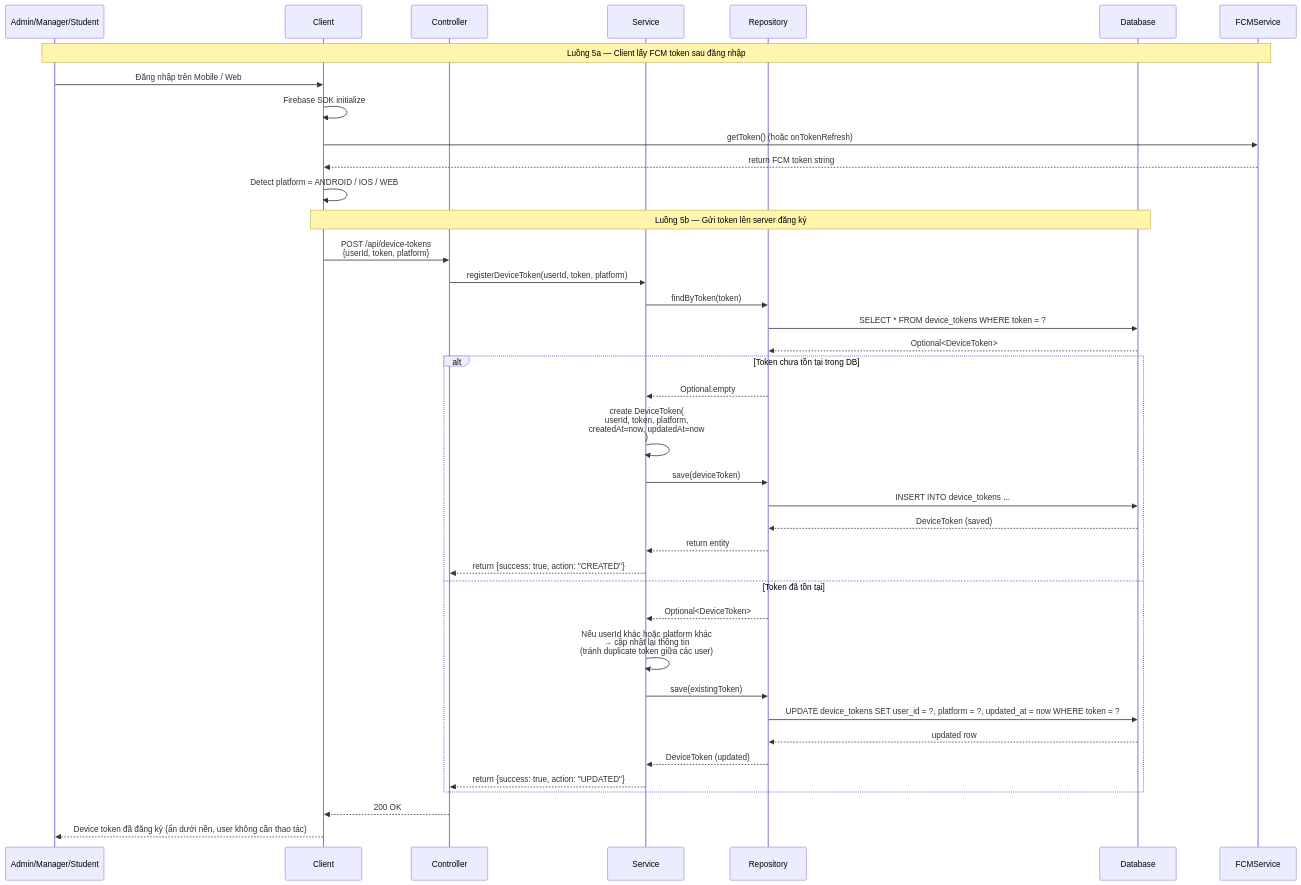
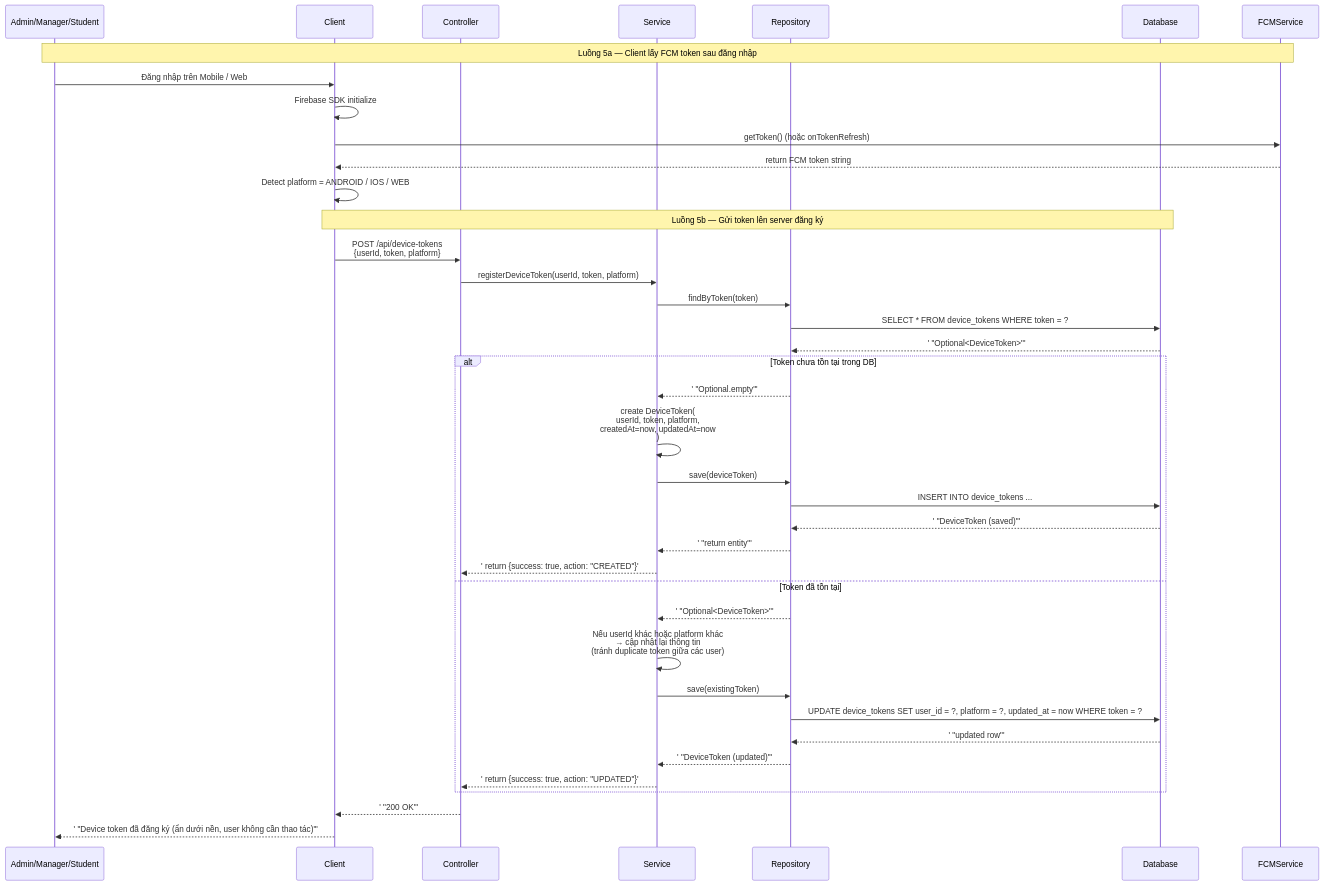
Before and after one commit to mchien04/CampusLife: the fifth of 5 diagrams in docs/sequence-diagramV2/sequence-diagram-notification.md, drawn with Mermaid. The commit also changed other lines of this file and 18 other files, not shown here.

First line of the commit message:
fix(sequence-diagramV2): fix Mermaid parse errors

````diff
--- a/docs/sequence-diagramV2/sequence-diagram-notification.md
+++ b/docs/sequence-diagramV2/sequence-diagram-notification.md
@@ -313,45 +313,45 @@
 ```mermaid
 sequenceDiagram
     participant U as Admin/Manager/Student
     participant C as Client
     participant CT as Controller
     participant S as Service
     participant R as Repository
     participant DB as Database
     participant FCM as FCMService
 
     Note over U,FCM: Luồng 5a — Client lấy FCM token sau đăng nhập
     U->>C: Đăng nhập trên Mobile / Web
     C->>C: Firebase SDK initialize
     C->>FCM: getToken() (hoặc onTokenRefresh)
     FCM-->>C: return FCM token string
     C->>C: Detect platform = ANDROID / IOS / WEB
 
     Note over C,DB: Luồng 5b — Gửi token lên server đăng ký
     C->>CT: POST /api/device-tokens<br/>{userId, token, platform}
     CT->>S: registerDeviceToken(userId, token, platform)
     S->>R: findByToken(token)
     R->>DB: SELECT * FROM device_tokens WHERE token = ?
-    DB-->>R: Optional<DeviceToken>
+    DB-->>R:' "Optional<DeviceToken>"'
 
     alt Token chưa tồn tại trong DB
-        R-->>S: Optional.empty
+        R-->>S:' "Optional.empty"'
         S->>S: create DeviceToken(<br/>userId, token, platform,<br/>createdAt=now, updatedAt=now<br/>)
         S->>R: save(deviceToken)
         R->>DB: INSERT INTO device_tokens ...
-        DB-->>R: DeviceToken (saved)
-        R-->>S: return entity
-        S-->>CT: return {success: true, action: "CREATED"}
+        DB-->>R:' "DeviceToken (saved)"'
+        R-->>S:' "return entity"'
+        S-->>CT:' return {success: true, action: "CREATED"}'
     else Token đã tồn tại
-        R-->>S: Optional<DeviceToken>
+        R-->>S:' "Optional<DeviceToken>"'
         S->>S: Nếu userId khác hoặc platform khác<br/>→ cập nhật lại thông tin<br/>(tránh duplicate token giữa các user)
         S->>R: save(existingToken)
         R->>DB: UPDATE device_tokens SET user_id = ?, platform = ?, updated_at = now WHERE token = ?
-        DB-->>R: updated row
-        R-->>S: DeviceToken (updated)
-        S-->>CT: return {success: true, action: "UPDATED"}
+        DB-->>R:' "updated row"'
+        R-->>S:' "DeviceToken (updated)"'
+        S-->>CT:' return {success: true, action: "UPDATED"}'
     end
 
-    CT-->>C: 200 OK
-    C-->>U: Device token đã đăng ký (ẩn dưới nền, user không cần thao tác)
+    CT-->>C:' "200 OK"'
+    C-->>U:' "Device token đã đăng ký (ẩn dưới nền, user không cần thao tác)"'
 ```
````
